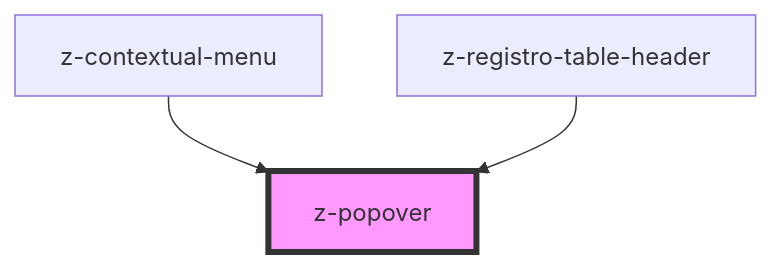
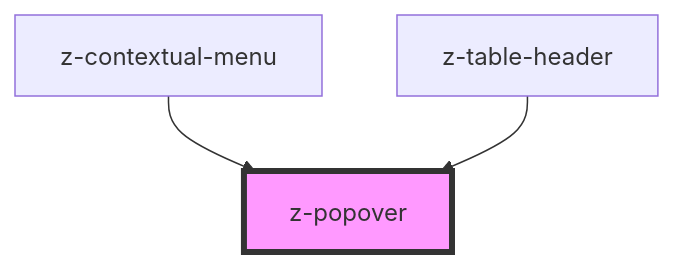
One commit to ZanichelliEditore/design-system changed the diagram in src/components/z-popover/readme.md. Above: the diagram before and after it, drawn with Mermaid. The commit also changed other lines of this file and 10 other files, not shown here.

````diff
--- a/src/components/z-popover/readme.md
+++ b/src/components/z-popover/readme.md
@@ -28,6 +28,6 @@
 ```mermaid
 graph TD;
   z-contextual-menu --> z-popover
-  z-registro-table-header --> z-popover
+  z-table-header --> z-popover
   style z-popover fill:#f9f,stroke:#333,stroke-width:4px
 ```
````
